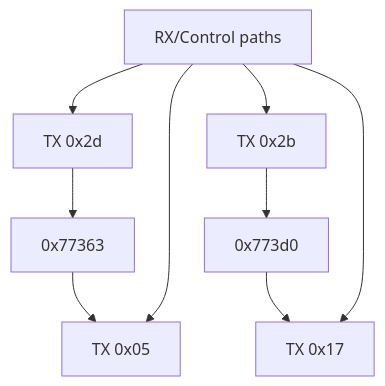
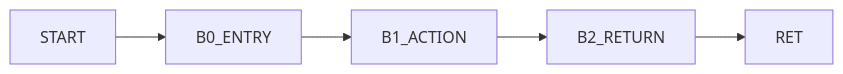
The diagram in doc/v8handshak_state_graph.md (cryan209/D-Modem), drawn with Mermaid before and after one commit. The commit also changed other lines of this file and 239 other files, not shown here.

````diff
--- a/doc/v8handshak_state_graph.md
+++ b/doc/v8handshak_state_graph.md
@@ -38,13 +11,4 @@
-```mermaid
-flowchart TD
-  T2D[TX 0x2d] --> D2D[0x77363]
-  D2D --> T05[TX 0x05]
-
-  T2B[TX 0x2b] --> D2B[0x773d0]
-  D2B --> T17[TX 0x17]
-
-  RX[RX/Control paths] --> T2D
-  RX --> T2B
-  RX --> T17
-  RX --> T05
-```
+~~~mermaid
+flowchart LR
+  S[START] --> B0[B0_ENTRY] --> B1[B1_ACTION] --> B2[B2_RETURN] --> R[RET]
+~~~
````
